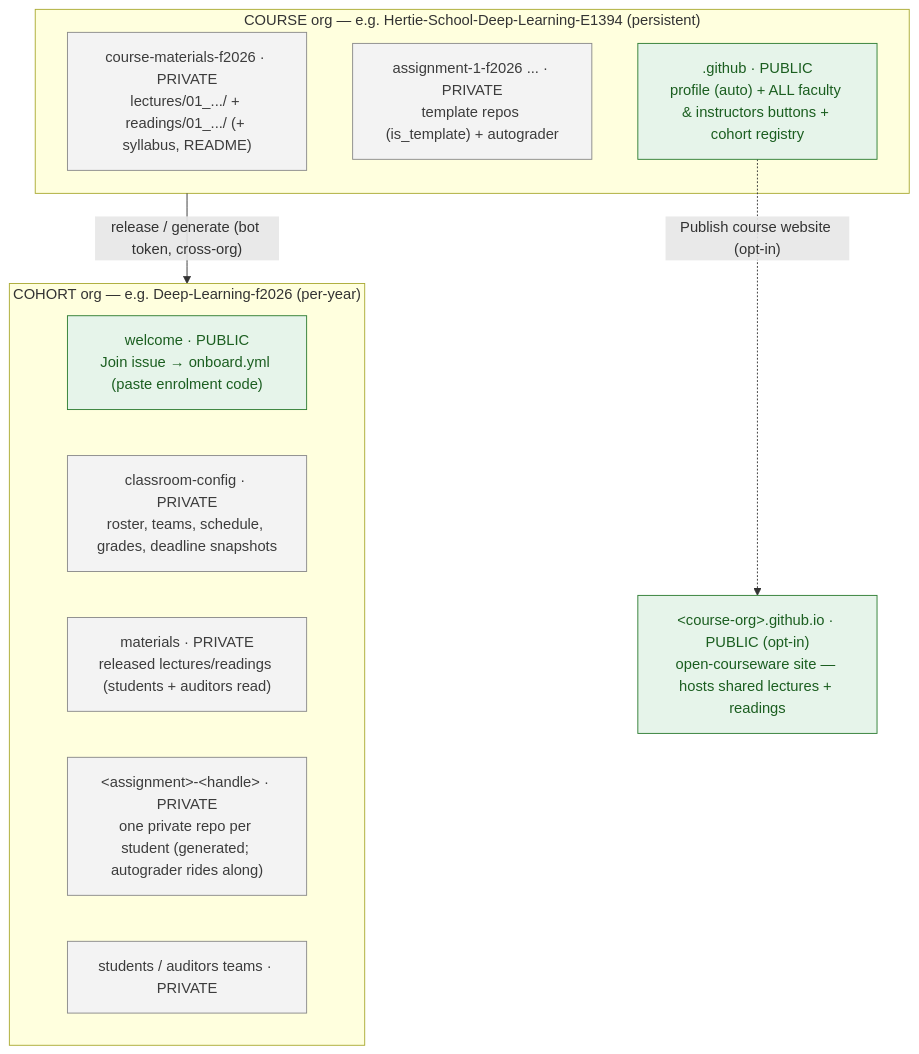
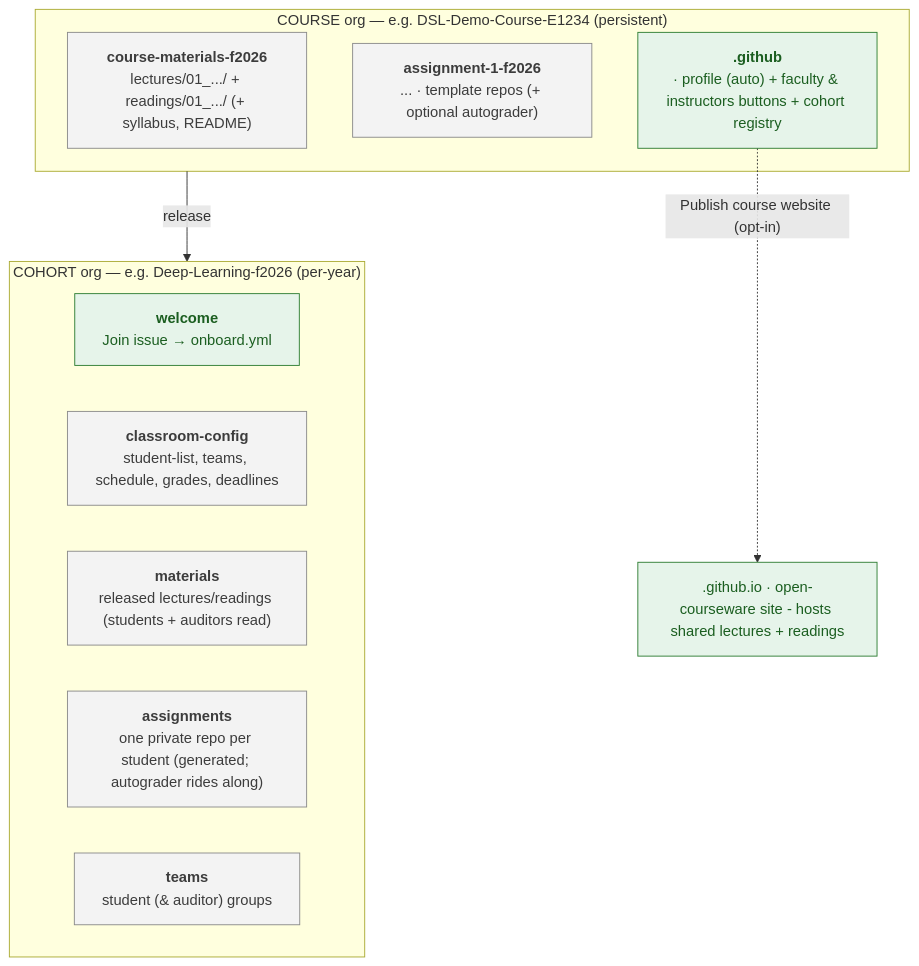
One commit to hertie-data-science-lab/dsl-teaching-course-setup changed the diagram in README.md. Above: the diagram before and after it, drawn with Mermaid. The commit also changed other lines of this file and 25 other files, not shown here.

````diff
--- a/README.md
+++ b/README.md
@@ -17,26 +47,42 @@
 ```mermaid
 flowchart TB
-  subgraph COURSE["COURSE org — e.g. Hertie-School-Deep-Learning-E1394 (persistent)"]
-    mat["course-materials-f2026 · PRIVATE<br/>lectures/01_.../ + readings/01_.../ (+ syllabus, README)"]
-    tmpl["assignment-1-f2026 ... · PRIVATE<br/>template repos (is_template) + autograder"]
-    gh[".github · PUBLIC<br/>profile (auto) + ALL faculty & instructors buttons + cohort registry"]
+  subgraph COURSE["COURSE org — e.g. DSL-Demo-Course-E1234 (persistent)"]
+    mat["`**course-materials-f2026**
+
+lectures/01_.../ + readings/01_.../ (+ syllabus, README)`"]
+    tmpl["`**assignment-1-f2026**
+
+... · template repos (+ optional autograder)`"]
+    gh["`**.github**
+
+· profile (auto) + faculty & instructors buttons + cohort registry`"]
   end
 
   subgraph COHORT["COHORT org — e.g. Deep-Learning-f2026 (per-year)"]
-    welcome["welcome · PUBLIC<br/>Join issue → onboard.yml (paste enrolment code)"]
-    cfg["classroom-config · PRIVATE<br/>roster, teams, schedule, grades, deadline snapshots"]
-    cmat["materials · PRIVATE<br/>released lectures/readings (students + auditors read)"]
-    repos["&lt;assignment&gt;-&lt;handle&gt; · PRIVATE<br/>one private repo per student (generated; autograder rides along)"]
-    team["students / auditors teams · PRIVATE"]
+    welcome["`**welcome**
+
+Join issue → onboard.yml`"]
+    cfg["`**classroom-config**
+
+student-list, teams, schedule, grades, deadlines`"]
+    cmat["`**materials**
+
+released lectures/readings (students + auditors read)`"]
+    repos["`**assignments**
+
+one private repo per student (generated; autograder rides along)`"]
+    team["`**teams**
+
+student (& auditor) groups`"]
   end
 
-  pub["&lt;course-org&gt;.github.io · PUBLIC (opt-in)<br/>open-courseware site — hosts shared lectures + readings"]
+  pub["`<course-org>.github.io · open-courseware site - hosts shared lectures + readings`"]
 
-  COURSE -->|"release / generate (bot token, cross-org)"| COHORT
+  COURSE -->|"release"| COHORT
   gh -.->|"Publish course website (opt-in)"| pub
 
   classDef public fill:#e6f4ea,stroke:#2e7d32,color:#1b5e20;
   classDef private fill:#f3f3f3,stroke:#8a8a8a,color:#3c3c3c;
   class gh,welcome,pub public;
   class mat,tmpl,cfg,cmat,repos,team private;
 ```
````
